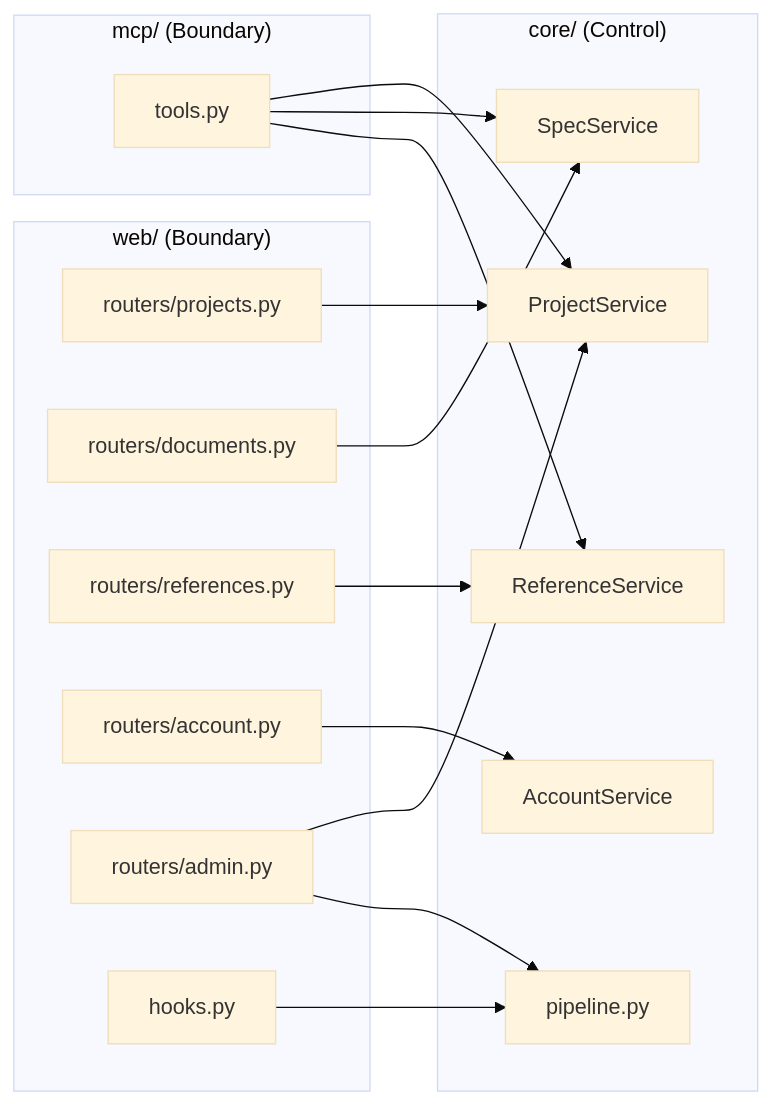
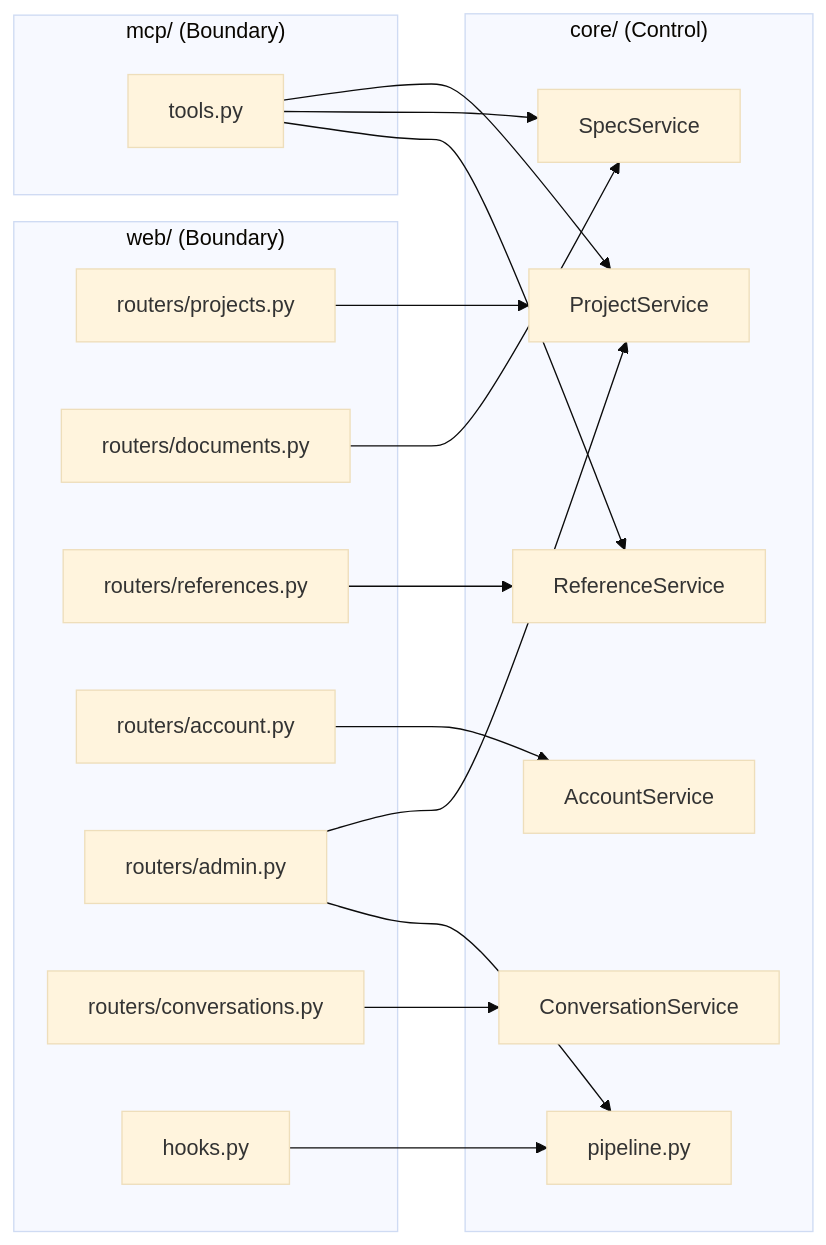
Diagram 14 of 20 in docs/specs/06-DOM/SYNC-DOM-002.md (HoyoungParkme/syncdoc), drawn with Mermaid (base theme) before and after one commit. The commit also changed other lines of this file, not shown here.

First line of the commit message:
spec(SYNC-DOM-002): conversation 묶음 — 엔티티 2.9, ConversationService 4.10, 의존 3.1·3.2, queries 시그니처

````diff
--- a/docs/specs/06-DOM/SYNC-DOM-002.md
+++ b/docs/specs/06-DOM/SYNC-DOM-002.md
@@ -448,31 +528,34 @@
 ```mermaid
 flowchart LR
     subgraph web["web/ (Boundary)"]
         rp[routers/projects.py]
         rd[routers/documents.py]
         rr[routers/references.py]
         ra[routers/account.py]
         rad[routers/admin.py]
+        rc[routers/conversations.py]
         hk[hooks.py]
     end
     subgraph mcp["mcp/ (Boundary)"]
         mt[tools.py]
     end
     subgraph core["core/ (Control)"]
         PS[ProjectService]
         SS[SpecService]
         RS[ReferenceService]
         AS[AccountService]
+        CS[ConversationService]
         PL[pipeline.py]
     end
     rp --> PS
     rd --> SS
     rr --> RS
     ra --> AS
     rad --> PS
     rad --> PL
+    rc --> CS
     hk --> PL
     mt --> PS
     mt --> SS
     mt --> RS
 ```
````
